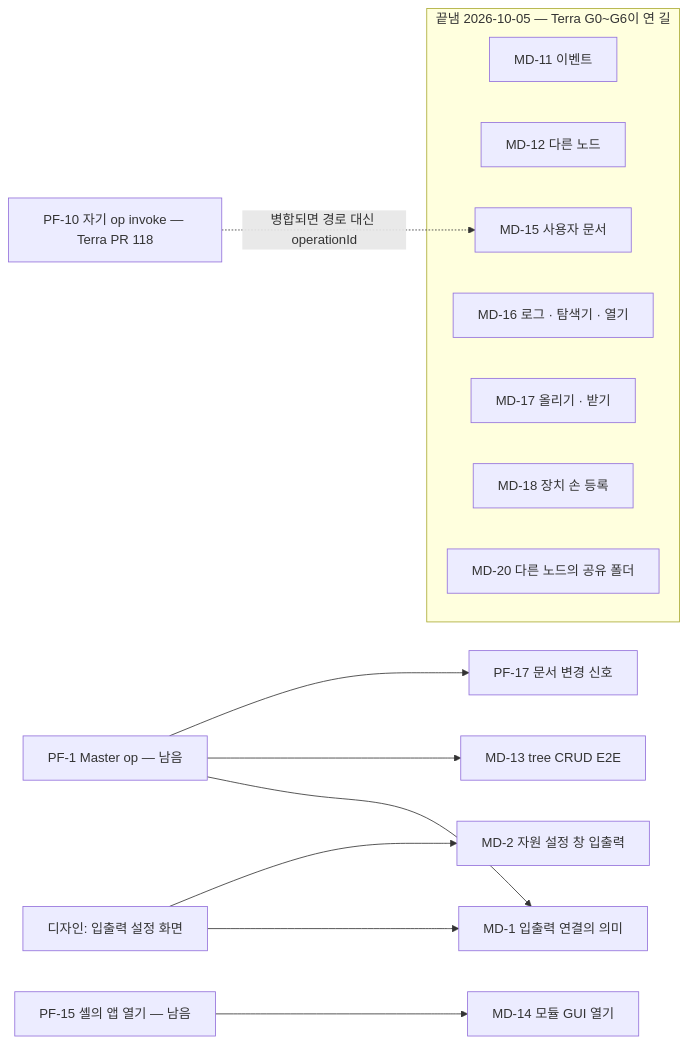
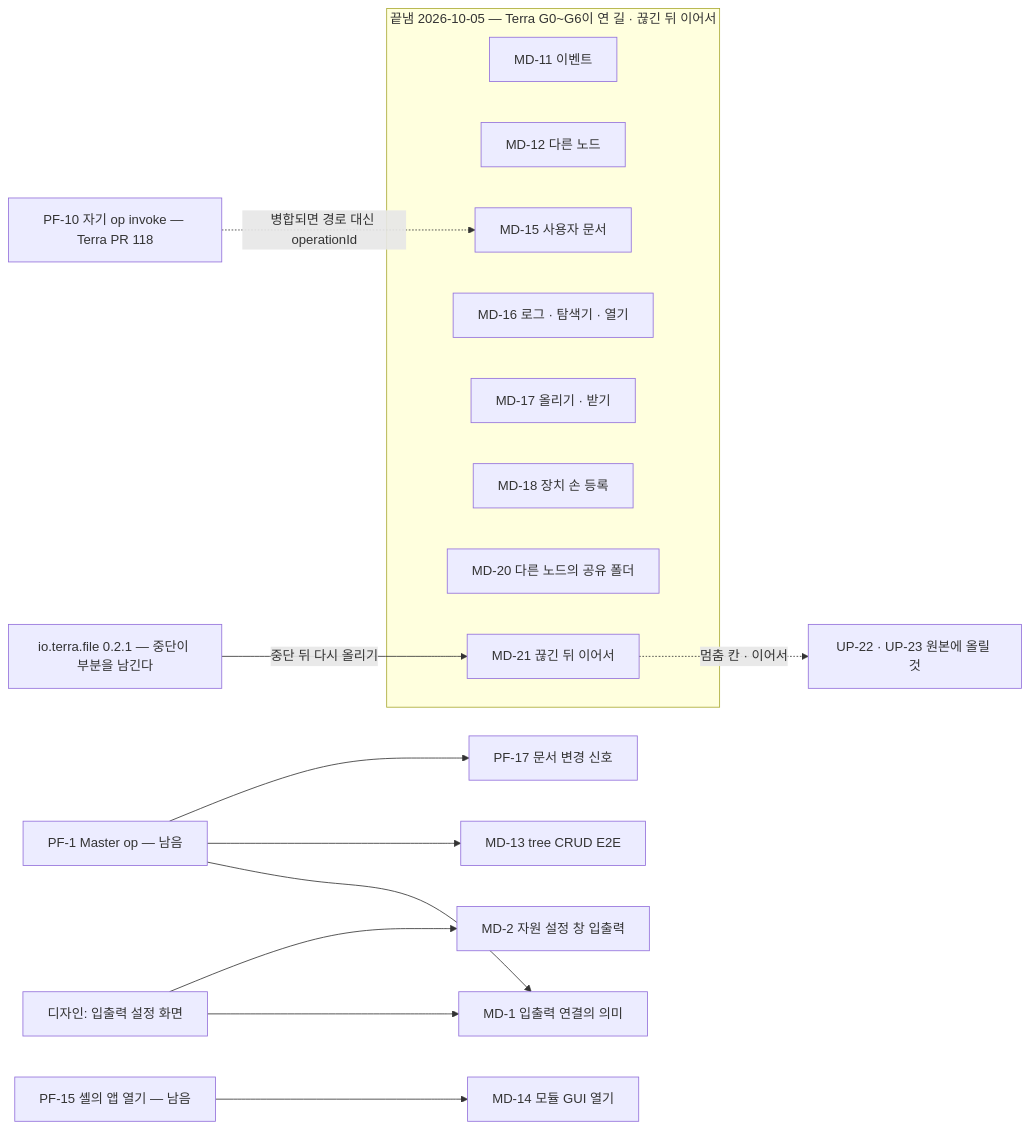
The diagram in common/lab.stellaxia.node-gui/web/docs/guides/implementation-backlog.md (StellaxiaLab/modules), drawn with Mermaid before and after one commit. The commit also changed other lines of this file and 8 other files, not shown here.

First line of the commit message:
docs(node-gui): 끊긴 뒤 이어서(MD-21) · io.terra.file 0.2.1 — 실데이터 층 · 백로그 · 시험 · 연동 문서

````diff
--- a/common/lab.stellaxia.node-gui/web/docs/guides/implementation-backlog.md
+++ b/common/lab.stellaxia.node-gui/web/docs/guides/implementation-backlog.md
@@ -49,19 +50,22 @@
 ```mermaid
 flowchart LR
-  subgraph DONE["끝냄 2026-10-05 — Terra G0~G6이 연 길"]
+  subgraph DONE["끝냄 2026-10-05 — Terra G0~G6이 연 길 · 끊긴 뒤 이어서"]
     MD11["MD-11 이벤트"]
     MD12["MD-12 다른 노드"]
     MD15["MD-15 사용자 문서"]
     MD16["MD-16 로그 · 탐색기 · 열기"]
     MD17["MD-17 올리기 · 받기"]
     MD18["MD-18 장치 손 등록"]
     MD20["MD-20 다른 노드의 공유 폴더"]
+    MD21["MD-21 끊긴 뒤 이어서"]
   end
+  FILE021["io.terra.file 0.2.1 — 중단이 부분을 남긴다"] -->|"중단 뒤 다시 올리기"| MD21
+  MD21 -.->|"멈춤 칸 · 이어서"| UP22["UP-22 · UP-23 원본에 올릴 것"]
   PF10["PF-10 자기 op invoke — Terra PR 118"] -.->|"병합되면 경로 대신 operationId"| MD15
   PF1["PF-1 Master op — 남음"] --> MD1["MD-1 입출력 연결의 의미"]
   PF1 --> MD13["MD-13 tree CRUD E2E"]
   PF1 --> PF17["PF-17 문서 변경 신호"]
   PF15["PF-15 셸의 앱 열기 — 남음"] --> MD14["MD-14 모듈 GUI 열기"]
   DES["디자인: 입출력 설정 화면"] --> MD1
   DES --> MD2["MD-2 자원 설정 창 입출력"]
 ```
````
